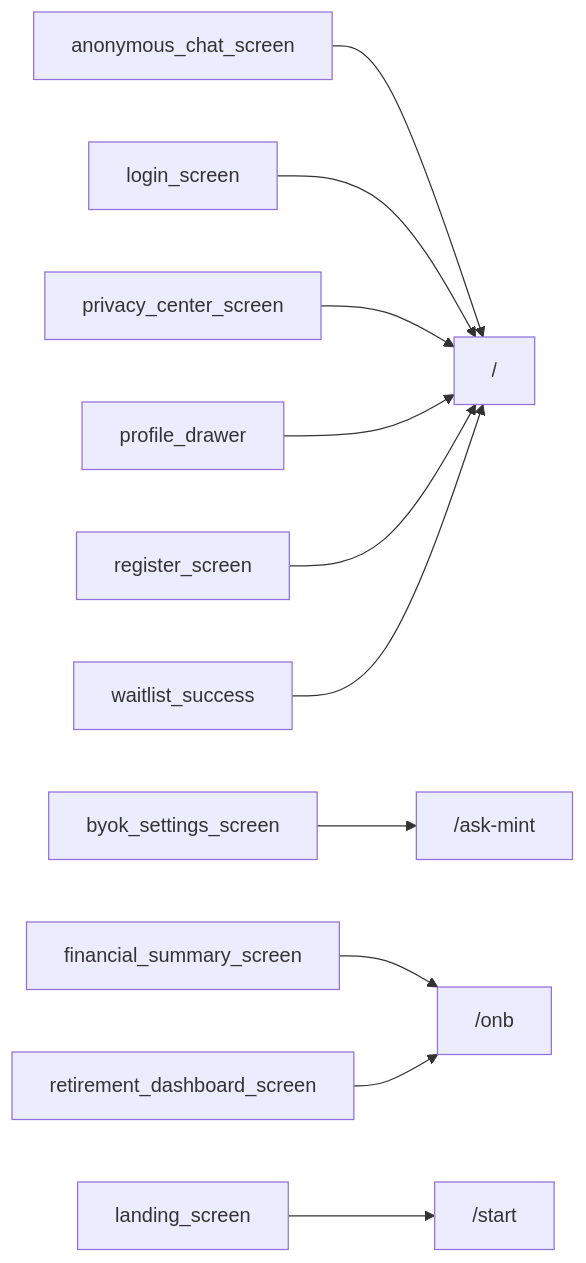
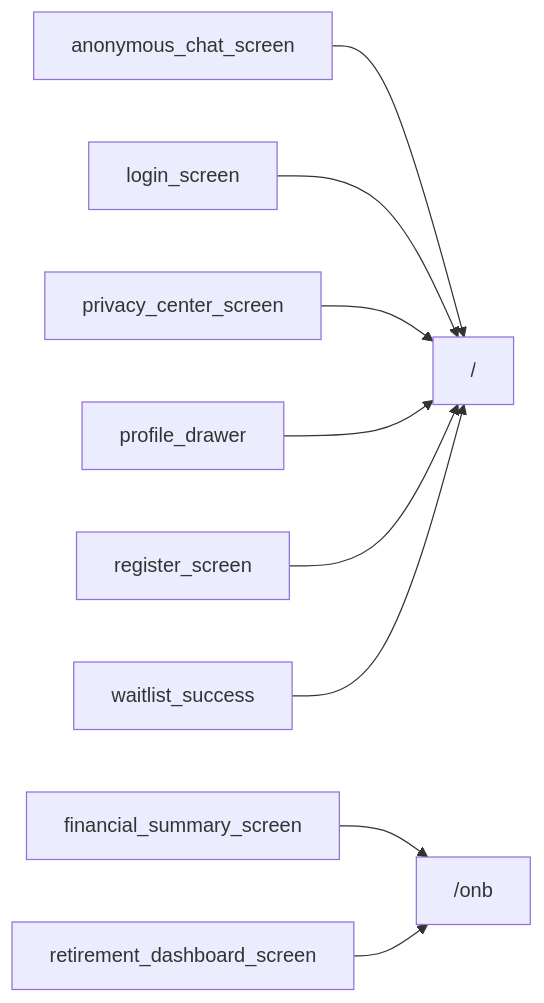
The diagram in .planning/architecture/themes/onboarding.md (MINT-IA/MINT), drawn with Mermaid before and after one commit. The commit also changed other lines of this file and 12 other files, not shown here.

````diff
--- a/.planning/architecture/themes/onboarding.md
+++ b/.planning/architecture/themes/onboarding.md
@@ -47,13 +47,11 @@
 ```mermaid
 graph LR
   anonymous_chat_screen["anonymous_chat_screen"] --> _["/"]
   login_screen["login_screen"] --> _["/"]
   privacy_center_screen["privacy_center_screen"] --> _["/"]
   profile_drawer["profile_drawer"] --> _["/"]
   register_screen["register_screen"] --> _["/"]
   waitlist_success["waitlist_success"] --> _["/"]
-  byok_settings_screen["byok_settings_screen"] --> _ask_mint["/ask-mint"]
   financial_summary_screen["financial_summary_screen"] --> _onb["/onb"]
   retirement_dashboard_screen["retirement_dashboard_screen"] --> _onb["/onb"]
-  landing_screen["landing_screen"] --> _start["/start"]
 ```
````
